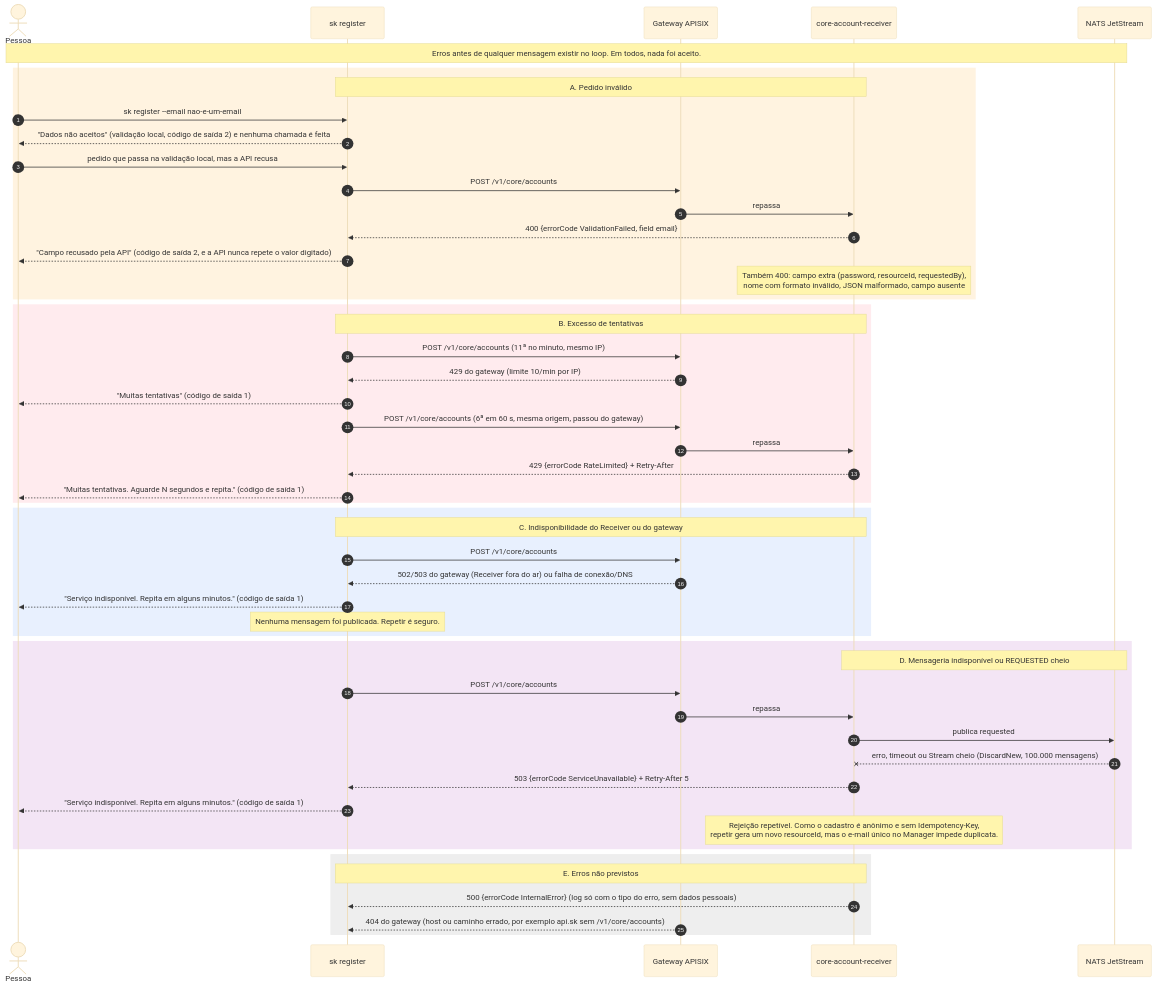
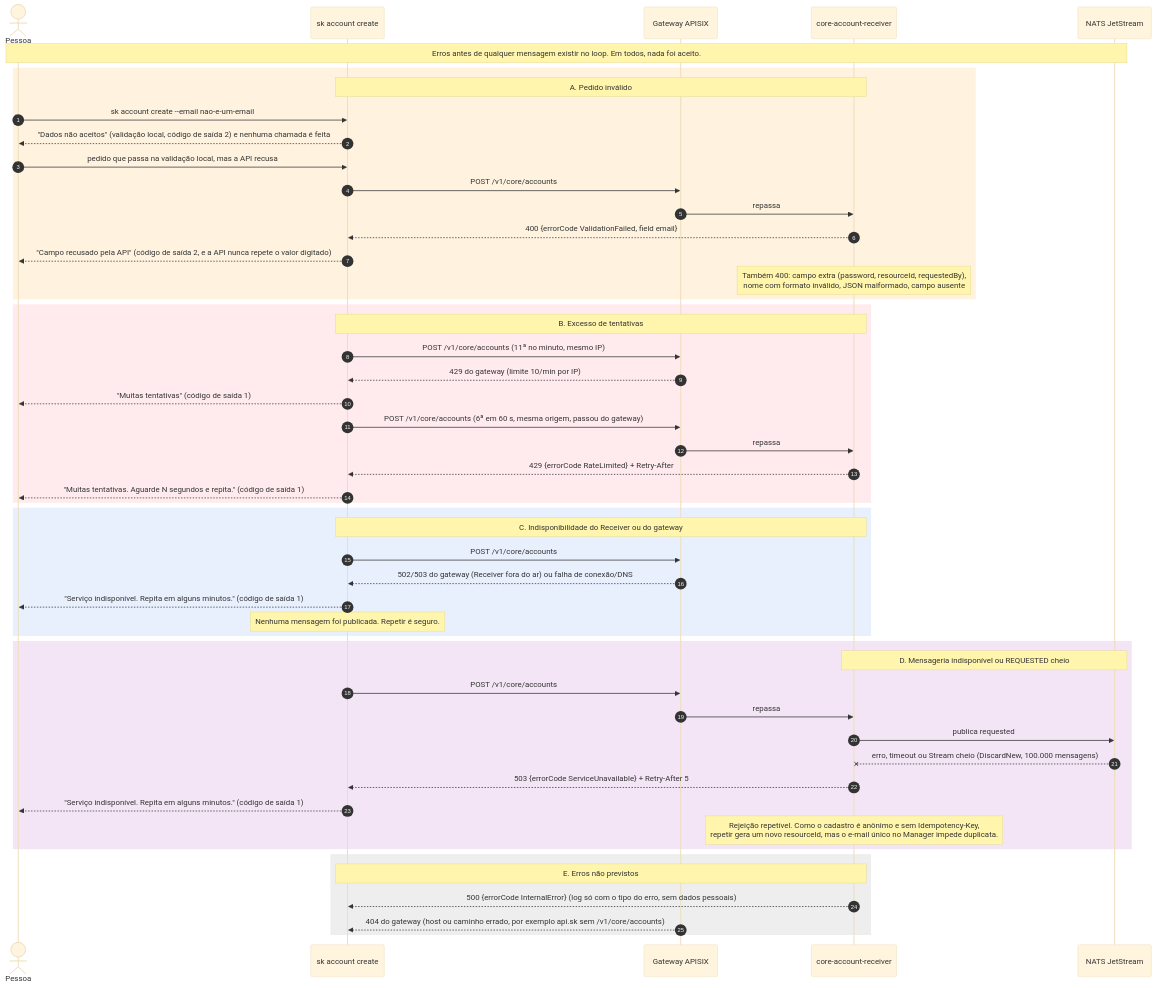
One commit to danielsabatini/smarkee changed the diagram in features/core/account/docs/flow/02-validacao-e-borda.mmd. Above: the diagram before and after it, drawn with Mermaid (base theme). The commit also changed 15 other files, not shown here.

First line of the commit message:
feat(cli): rename `sk register` to `sk account create`

```diff
--- a/features/core/account/docs/flow/02-validacao-e-borda.mmd
+++ b/features/core/account/docs/flow/02-validacao-e-borda.mmd
@@ -1,57 +1,57 @@
 sequenceDiagram
     autonumber
     actor U as Pessoa
-    participant CLI as sk register
+    participant CLI as sk account create
     participant GW as Gateway APISIX
     participant Receiver as core-account-receiver
     participant N as NATS JetStream
 
     Note over U,N: Erros antes de qualquer mensagem existir no loop. Em todos, nada foi aceito.
 
     rect rgb(255,243,224)
     Note over CLI,Receiver: A. Pedido inválido
-    U->>CLI: sk register --email nao-e-um-email
+    U->>CLI: sk account create --email nao-e-um-email
     CLI-->>U: "Dados não aceitos" (validação local, código de saída 2) e nenhuma chamada é feita
     U->>CLI: pedido que passa na validação local, mas a API recusa
     CLI->>GW: POST /v1/core/accounts
     GW->>Receiver: repassa
     Receiver-->>CLI: 400 {errorCode ValidationFailed, field email}
     CLI-->>U: "Campo recusado pela API" (código de saída 2, e a API nunca repete o valor digitado)
     Note over Receiver: Também 400: campo extra (password, resourceId, requestedBy),<br/>nome com formato inválido, JSON malformado, campo ausente
     end
 
     rect rgb(255,235,238)
     Note over CLI,Receiver: B. Excesso de tentativas
     CLI->>GW: POST /v1/core/accounts (11ª no minuto, mesmo IP)
     GW-->>CLI: 429 do gateway (limite 10/min por IP)
     CLI-->>U: "Muitas tentativas" (código de saída 1)
     CLI->>GW: POST /v1/core/accounts (6ª em 60 s, mesma origem, passou do gateway)
     GW->>Receiver: repassa
     Receiver-->>CLI: 429 {errorCode RateLimited} + Retry-After
     CLI-->>U: "Muitas tentativas. Aguarde N segundos e repita." (código de saída 1)
     end
 
     rect rgb(232,240,254)
     Note over CLI,Receiver: C. Indisponibilidade do Receiver ou do gateway
     CLI->>GW: POST /v1/core/accounts
     GW-->>CLI: 502/503 do gateway (Receiver fora do ar) ou falha de conexão/DNS
     CLI-->>U: "Serviço indisponível. Repita em alguns minutos." (código de saída 1)
     Note over CLI: Nenhuma mensagem foi publicada. Repetir é seguro.
     end
 
     rect rgb(243,229,245)
     Note over Receiver,N: D. Mensageria indisponível ou REQUESTED cheio
     CLI->>GW: POST /v1/core/accounts
     GW->>Receiver: repassa
     Receiver->>N: publica requested
     N--xReceiver: erro, timeout ou Stream cheio (DiscardNew, 100.000 mensagens)
     Receiver-->>CLI: 503 {errorCode ServiceUnavailable} + Retry-After 5
     CLI-->>U: "Serviço indisponível. Repita em alguns minutos." (código de saída 1)
     Note over Receiver: Rejeição repetível. Como o cadastro é anônimo e sem Idempotency-Key,<br/>repetir gera um novo resourceId, mas o e-mail único no Manager impede duplicata.
     end
 
     rect rgb(238,238,238)
     Note over CLI,Receiver: E. Erros não previstos
     Receiver-->>CLI: 500 {errorCode InternalError} (log só com o tipo do erro, sem dados pessoais)
     GW-->>CLI: 404 do gateway (host ou caminho errado, por exemplo api.sk sem /v1/core/accounts)
     end
```
